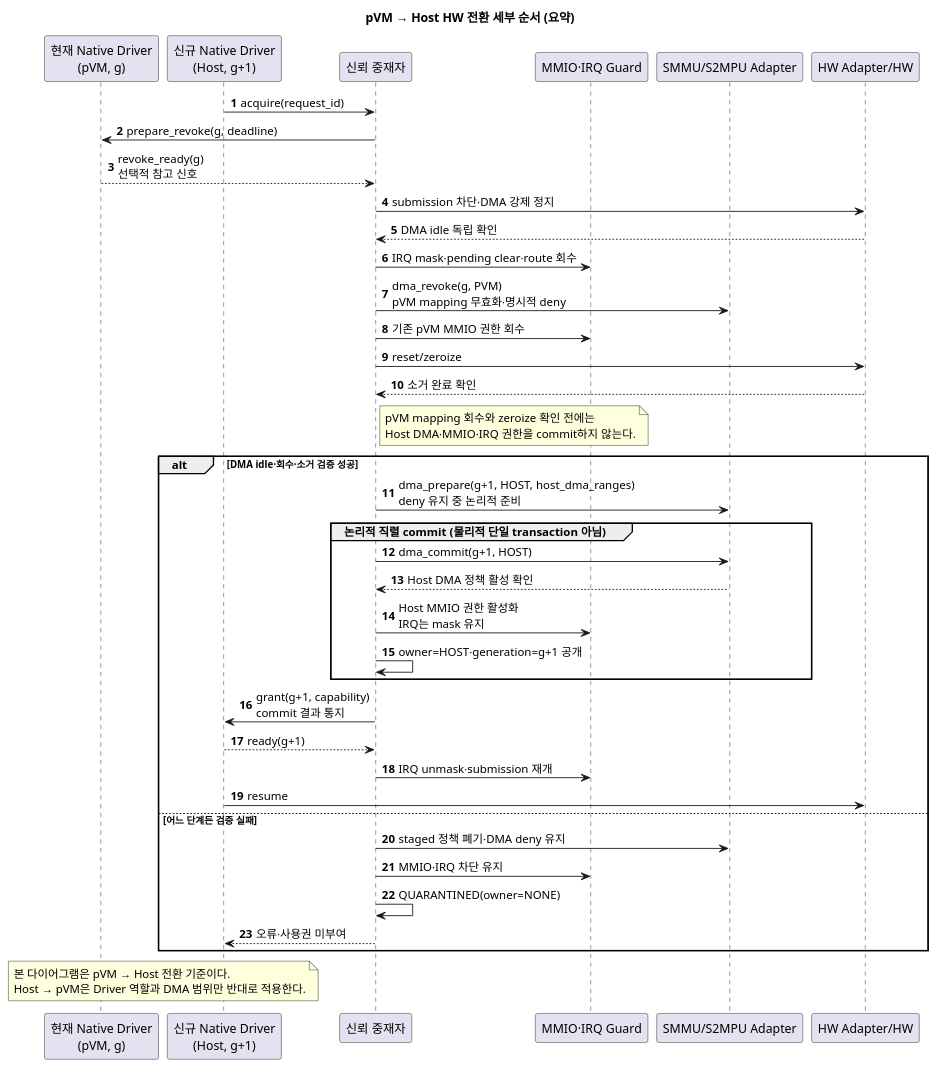
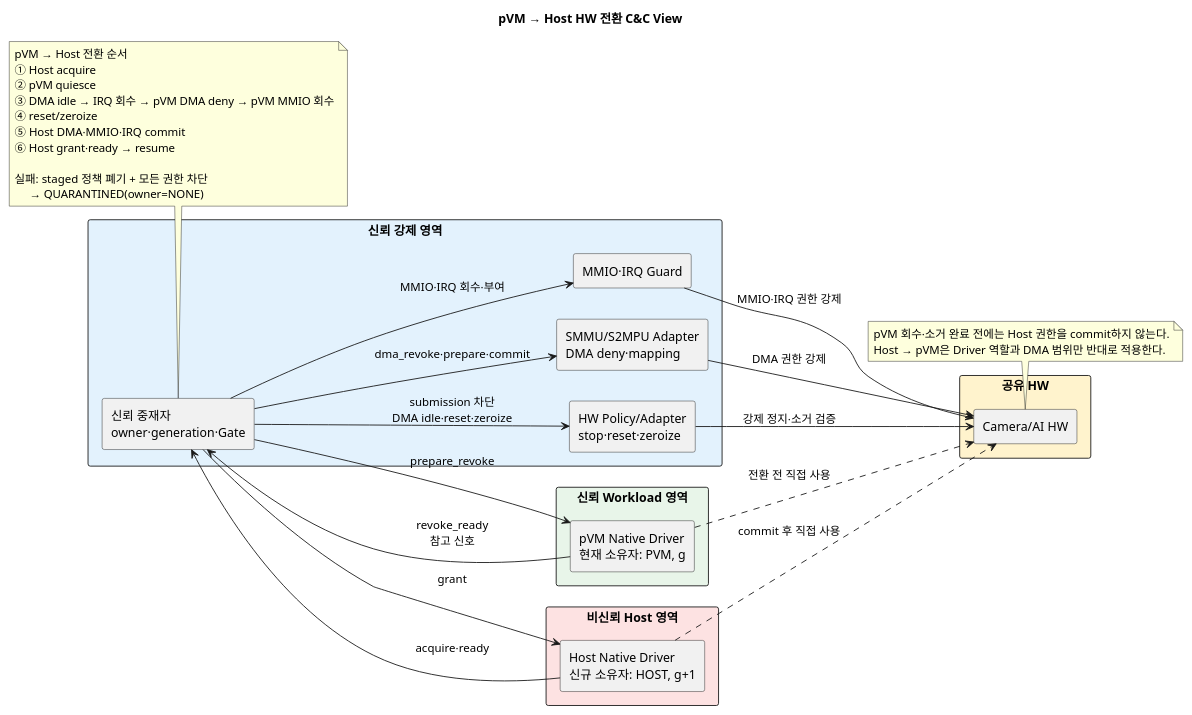
One commit to boram1288/test-p changed the first of 2 diagrams in docs-align/품질위협_문제1_HW공유_기밀데이터_노출.md. Above: the diagram before and after it, drawn with PlantUML. The commit also changed other lines of this file, not shown here.

Commit message:
pVM-Host HW 전환을 C&C View로 단순화
구성요소와 connector 책임을 분리하고 pVM에서 Host로의 6단계 전환 순서를 요약

````diff
--- a/docs-align/품질위협_문제1_HW공유_기밀데이터_노출.md
+++ b/docs-align/품질위협_문제1_HW공유_기밀데이터_노출.md
@@ -118,56 +118,62 @@
 ```plantuml
 @startuml
-title pVM → Host HW 전환 세부 순서 (요약)
+title pVM → Host HW 전환 C&C View
 
-autonumber
-participant "현재 Native Driver\n(pVM, g)" as Cur
-participant "신규 Native Driver\n(Host, g+1)" as New
-participant "신뢰 중재자" as Arb
-participant "MMIO·IRQ Guard" as Guard
-participant "SMMU/S2MPU Adapter" as Smmu
-participant "HW Adapter/HW" as Hw
+left to right direction
+skinparam componentStyle rectangle
+skinparam packageStyle rectangle
 
-New -> Arb : acquire(request_id)
-Arb -> Cur : prepare_revoke(g, deadline)
-Cur --> Arb : revoke_ready(g)\n선택적 참고 신호
+package "신뢰 Workload 영역" #E8F5E9 {
+  component "pVM Native Driver\n현재 소유자: PVM, g" as PvmDrv
+}
 
-Arb -> Hw : submission 차단·DMA 강제 정지
-Hw --> Arb : DMA idle 독립 확인
-Arb -> Guard : IRQ mask·pending clear·route 회수
-Arb -> Smmu : dma_revoke(g, PVM)\npVM mapping 무효화·명시적 deny
-Arb -> Guard : 기존 pVM MMIO 권한 회수
-Arb -> Hw : reset/zeroize
-Hw --> Arb : 소거 완료 확인
+package "비신뢰 Host 영역" #FDE2E2 {
+  component "Host Native Driver\n신규 소유자: HOST, g+1" as HostDrv
+}
 
-note right of Arb
-  pVM mapping 회수와 zeroize 확인 전에는
-  Host DMA·MMIO·IRQ 권한을 commit하지 않는다.
+package "신뢰 강제 영역" #E3F2FD {
+  component "신뢰 중재자\nowner·generation·Gate" as Arb
+  component "MMIO·IRQ Guard" as Guard
+  component "SMMU/S2MPU Adapter\nDMA deny·mapping" as Smmu
+  component "HW Policy/Adapter\nstop·reset·zeroize" as HwAdapter
+}
+
+package "공유 HW" #FFF3CD {
+  component "Camera/AI HW" as HW
+}
+
+HostDrv --> Arb : acquire·ready
+Arb --> HostDrv : grant
+Arb --> PvmDrv : prepare_revoke
+PvmDrv --> Arb : revoke_ready\n참고 신호
+
+Arb --> HwAdapter : submission 차단\nDMA idle·reset·zeroize
+Arb --> Smmu : dma_revoke·prepare·commit
+Arb --> Guard : MMIO·IRQ 회수·부여
+
+HwAdapter --> HW : 강제 정지·소거 검증
+Smmu --> HW : DMA 권한 강제
+Guard --> HW : MMIO·IRQ 권한 강제
+
+PvmDrv ..> HW : 전환 전 직접 사용
+HostDrv ..> HW : commit 후 직접 사용
+
+note bottom of Arb
+  pVM → Host 전환 순서
+  ① Host acquire
+  ② pVM quiesce
+  ③ DMA idle → IRQ 회수 → pVM DMA deny → pVM MMIO 회수
+  ④ reset/zeroize
+  ⑤ Host DMA·MMIO·IRQ commit
+  ⑥ Host grant·ready → resume
+
+  실패: staged 정책 폐기 + 모든 권한 차단
+       → QUARANTINED(owner=NONE)
 end note
 
-alt DMA idle·회수·소거 검증 성공
-  Arb -> Smmu : dma_prepare(g+1, HOST, host_dma_ranges)\ndeny 유지 중 논리적 준비
-
-  group 논리적 직렬 commit (물리적 단일 transaction 아님)
-    Arb -> Smmu : dma_commit(g+1, HOST)
-    Smmu --> Arb : Host DMA 정책 활성 확인
-    Arb -> Guard : Host MMIO 권한 활성화\nIRQ는 mask 유지
-    Arb -> Arb : owner=HOST·generation=g+1 공개
-  end
-
-  Arb -> New : grant(g+1, capability)\ncommit 결과 통지
-  New --> Arb : ready(g+1)
-  Arb -> Guard : IRQ unmask·submission 재개
-  New -> Hw : resume
-else 어느 단계든 검증 실패
-  Arb -> Smmu : staged 정책 폐기·DMA deny 유지
-  Arb -> Guard : MMIO·IRQ 차단 유지
-  Arb -> Arb : QUARANTINED(owner=NONE)
-  Arb --> New : 오류·사용권 미부여
-end
-
-note over Cur,New
-  본 다이어그램은 pVM → Host 전환 기준이다.
+note bottom of HW
+  pVM 회수·소거 완료 전에는 Host 권한을 commit하지 않는다.
   Host → pVM은 Driver 역할과 DMA 범위만 반대로 적용한다.
 end note
 @enduml
 ```
````
